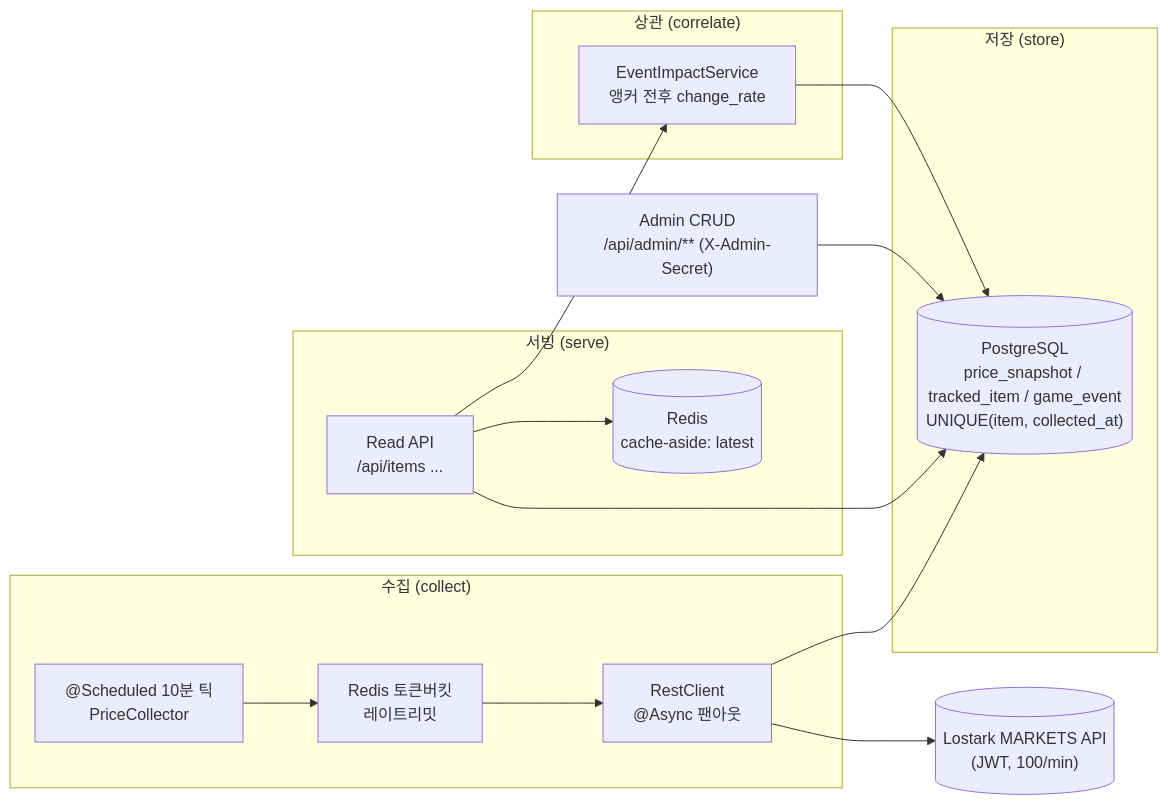
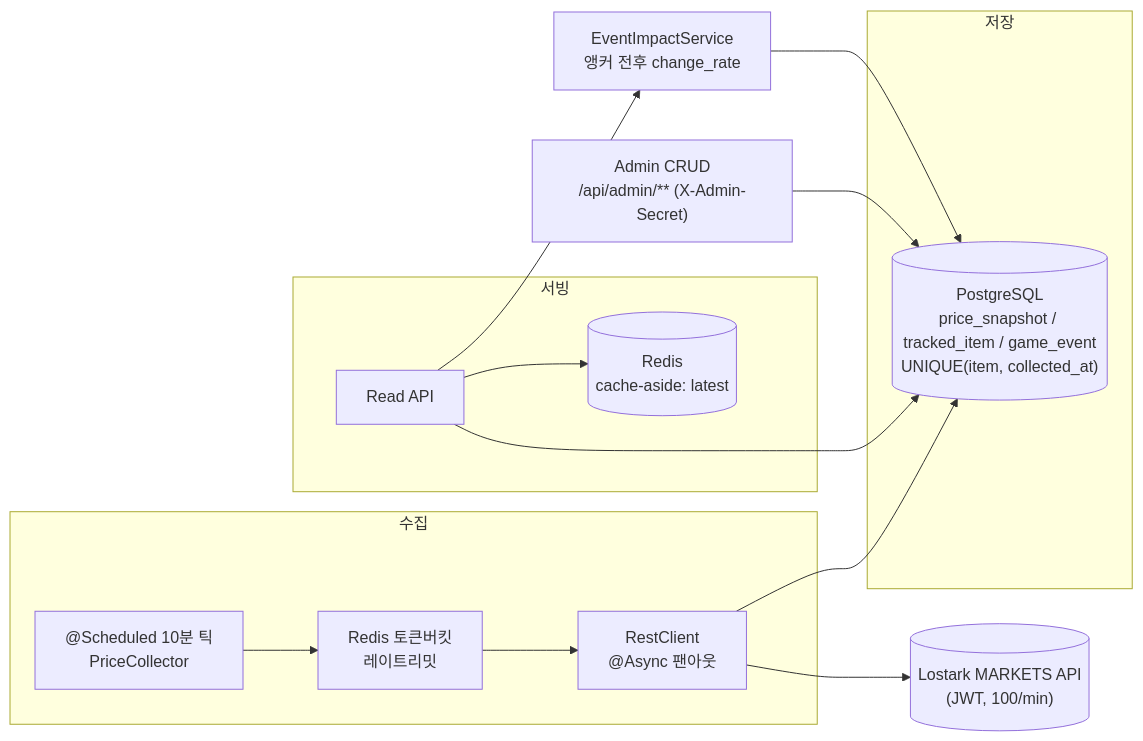
Before and after one commit to jongyeon2/lostark-market-tracker: the diagram in README.md, drawn with Mermaid. The commit also changed other lines of this file and 3 other files, not shown here.

````diff
--- a/README.md
+++ b/README.md
@@ -141,28 +108,26 @@
 ```mermaid
 flowchart LR
     API[("Lostark MARKETS API\n(JWT, 100/min)")]
-    subgraph collect["수집 (collect)"]
+    subgraph collect["수집"]
         SCH["@Scheduled 10분 틱\nPriceCollector"]
         RL["Redis 토큰버킷\n레이트리밋"]
         RC["RestClient\n@Async 팬아웃"]
     end
-    subgraph store["저장 (store)"]
+    subgraph store["저장"]
         PG[("PostgreSQL\nprice_snapshot / tracked_item / game_event\nUNIQUE(item, collected_at)")]
     end
-    subgraph serve["서빙 (serve)"]
-        READ["Read API\n/api/items ..."]
+    subgraph serve["서빙"]
+        READ["Read API"]
         CACHE[("Redis\ncache-aside: latest")]
     end
-    subgraph correlate["상관 (correlate)"]
-        EI["EventImpactService\n앵커 전후 change_rate"]
-    end
+    EI["EventImpactService\n앵커 전후 change_rate"]
     ADMIN["Admin CRUD\n/api/admin/** (X-Admin-Secret)"]
 
     SCH --> RL --> RC --> API
     RC --> PG
     READ --> CACHE
     READ --> PG
     ADMIN --> PG
     EI --> PG
     READ --> EI
 ```
````
